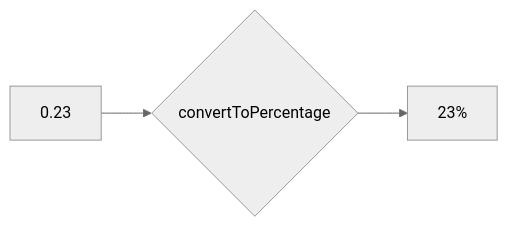
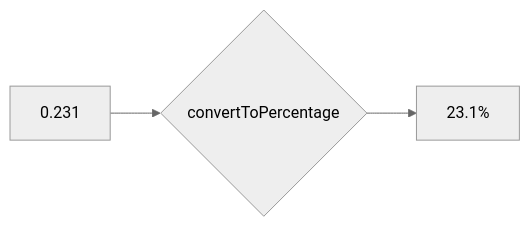
One commit to CodeYourFuture/curriculum changed the third of 3 diagrams in content/js1/sprints/2/prep/index.md. Above: the diagram before and after it, drawn with Mermaid (neutral theme). The commit also changed other lines of this file, not shown here.

````diff
--- a/content/js1/sprints/2/prep/index.md
+++ b/content/js1/sprints/2/prep/index.md
@@ -399,6 +404,6 @@
 ```mermaid
 
 flowchart LR
-    A[0.23] --> B{convertToPercentage}
-    B --> C[23%]
+    A[0.231] --> B{convertToPercentage}
+    B --> C[23.1%]
 ```
````
